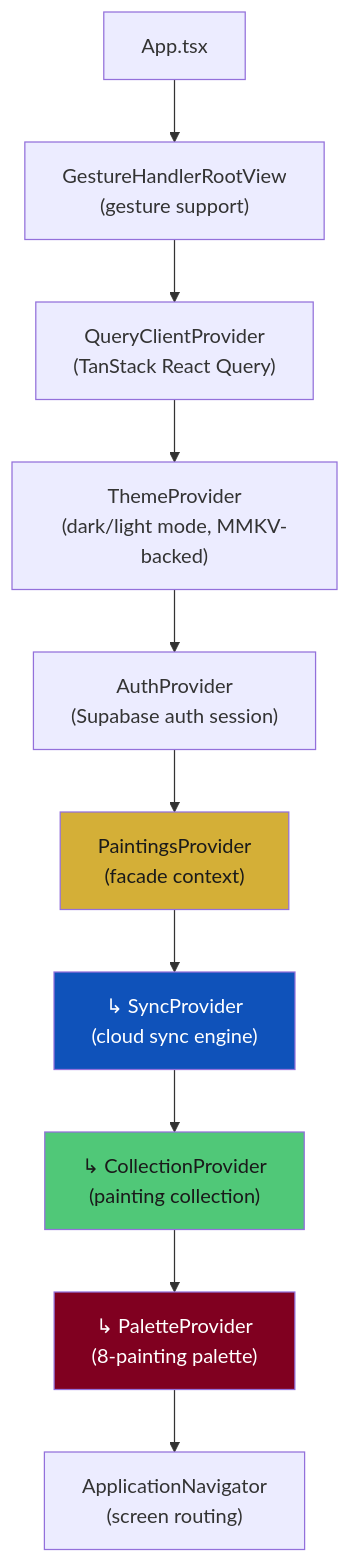
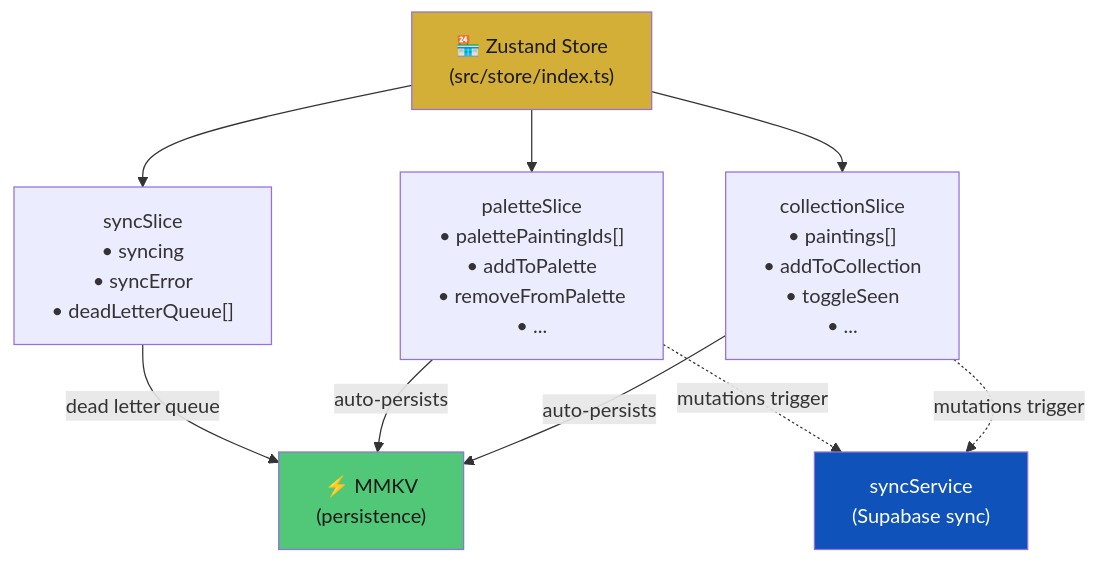
Before and after one commit to zoha-rakotomalala/Mithra: the ninth of 10 diagrams in DEVELOPERS_GUIDE.md, drawn with Mermaid. The commit also changed other lines of this file and 35 other files, not shown here.

````diff
--- a/DEVELOPERS_GUIDE.md
+++ b/DEVELOPERS_GUIDE.md
@@ -1120,22 +1151,22 @@
 ```mermaid
 flowchart TD
-    APP["App.tsx"]
-    GH["GestureHandlerRootView\n(gesture support)"]
-    QC["QueryClientProvider\n(TanStack React Query)"]
-    TH["ThemeProvider\n(dark/light mode, MMKV-backed)"]
-    AU["AuthProvider\n(Supabase auth session)"]
-    PP["PaintingsProvider\n(facade context)"]
-    SY["↳ SyncProvider\n(cloud sync engine)"]
-    CO["↳ CollectionProvider\n(painting collection)"]
-    PA["↳ PaletteProvider\n(8-painting palette)"]
-    NAV["ApplicationNavigator\n(screen routing)"]
+    STORE["🏪 Zustand Store\n(src/store/index.ts)"]
+    COL["collectionSlice\n• paintings[]\n• addToCollection\n• toggleSeen\n• ..."]
+    PAL["paletteSlice\n• palettePaintingIds[]\n• addToPalette\n• removeFromPalette\n• ..."]
+    SYN["syncSlice\n• syncing\n• syncError\n• deadLetterQueue[]"]
+    MMKV["⚡ MMKV\n(persistence)"]
+    SYNC_SVC["syncService\n(Supabase sync)"]
 
-    APP --> GH --> QC --> TH --> AU --> PP
-    PP --> SY --> CO --> PA
-    PA --> NAV
+    STORE --> COL
+    STORE --> PAL
+    STORE --> SYN
+    COL -->|"auto-persists"| MMKV
+    PAL -->|"auto-persists"| MMKV
+    SYN -->|"dead letter queue"| MMKV
+    COL -.->|"mutations trigger"| SYNC_SVC
+    PAL -.->|"mutations trigger"| SYNC_SVC
 
-    style PP fill:#d4af37,color:#1a1a1a
-    style SY fill:#0f52ba,color:#ffffff
-    style CO fill:#50c878,color:#1a1a1a
-    style PA fill:#800020,color:#ffffff
+    style STORE fill:#d4af37,color:#1a1a1a
+    style MMKV fill:#50c878,color:#1a1a1a
+    style SYNC_SVC fill:#0f52ba,color:#ffffff
 ```
````
